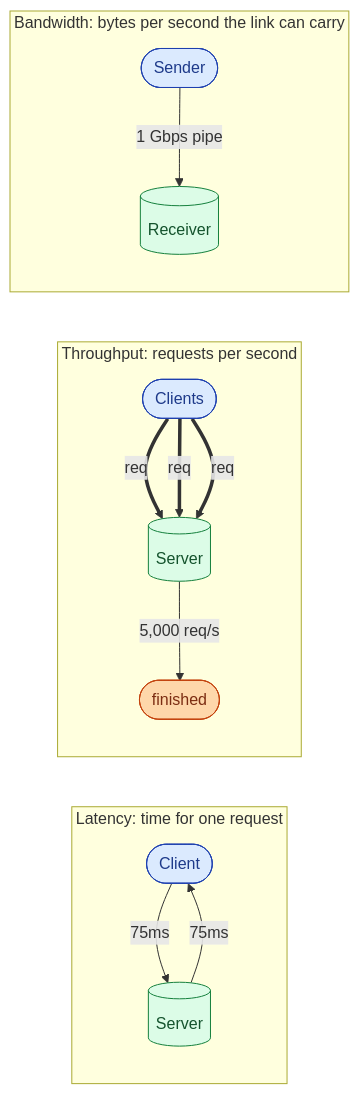
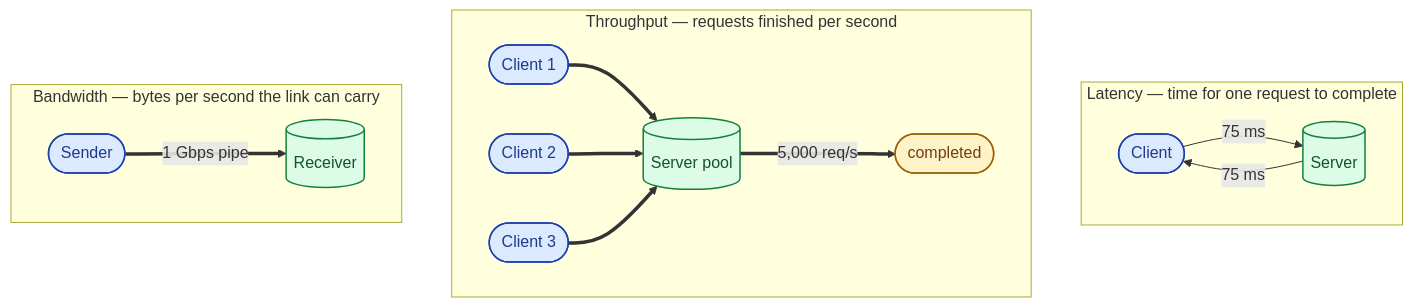
One commit to shiningflash/shiningflash.github.io changed the diagram in _sd_concepts/004-latency-throughput-bandwidth.md. Above: the diagram before and after it, drawn with Mermaid. The commit also changed 5 other files, not shown here.

First line of the commit message:
Improve mermaid diagrams across the six live concept pages

````diff
--- a/_sd_concepts/004-latency-throughput-bandwidth.md
+++ b/_sd_concepts/004-latency-throughput-bandwidth.md
@@ -28,23 +28,34 @@
 ```mermaid
-flowchart LR
-    subgraph TIME["Latency: time for one request"]
-        L1(["Client"]):::c -->|"75ms"| L2[("Server")]:::s
-        L2 -->|"75ms"| L1
+flowchart TB
+    subgraph LAT["Latency — time for one request to complete"]
+        direction LR
+        LC(["Client"]):::client
+        LS[("Server")]:::server
+        LC -->|"75 ms"| LS
+        LS -->|"75 ms"| LC
     end
 
-    subgraph RATE["Throughput: requests per second"]
-        R1(["Clients"]):::c
-        R1 ==>|"req"| RS[("Server")]:::s
-        R1 ==>|"req"| RS
-        R1 ==>|"req"| RS
-        RS -->|"5,000 req/s"| OUT(["finished"]):::done
+    subgraph THR["Throughput — requests finished per second"]
+        direction LR
+        TC1(["Client 1"]):::client
+        TC2(["Client 2"]):::client
+        TC3(["Client 3"]):::client
+        TS[("Server pool")]:::server
+        OUT(["completed"]):::done
+        TC1 ==> TS
+        TC2 ==> TS
+        TC3 ==> TS
+        TS ==>|"5,000 req/s"| OUT
     end
 
-    subgraph WIDTH["Bandwidth: bytes per second the link can carry"]
-        B1(["Sender"]):::c -->|"1 Gbps pipe"| B2[("Receiver")]:::s
+    subgraph BAN["Bandwidth — bytes per second the link can carry"]
+        direction LR
+        BC(["Sender"]):::client
+        BS[("Receiver")]:::server
+        BC ==>|"1 Gbps pipe"| BS
     end
 
-    classDef c fill:#dbeafe,stroke:#1e40af,color:#1e3a8a
-    classDef s fill:#dcfce7,stroke:#15803d,color:#14532d
-    classDef done fill:#fed7aa,stroke:#c2410c,color:#7c2d12
+    classDef client fill:#dbeafe,stroke:#1e40af,color:#1e3a8a,stroke-width:1.5px
+    classDef server fill:#dcfce7,stroke:#15803d,color:#14532d,stroke-width:1.5px
+    classDef done fill:#fef3c7,stroke:#a16207,color:#713f12,stroke-width:1.5px
 ```
````
